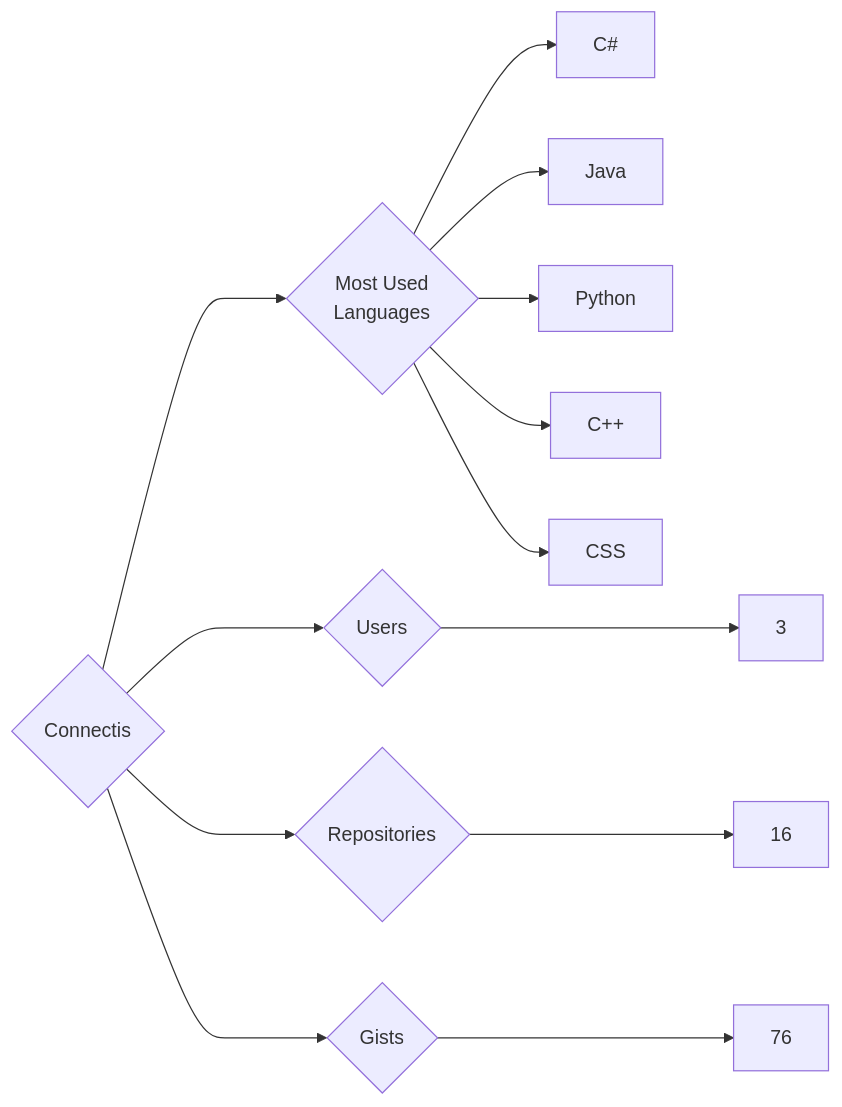
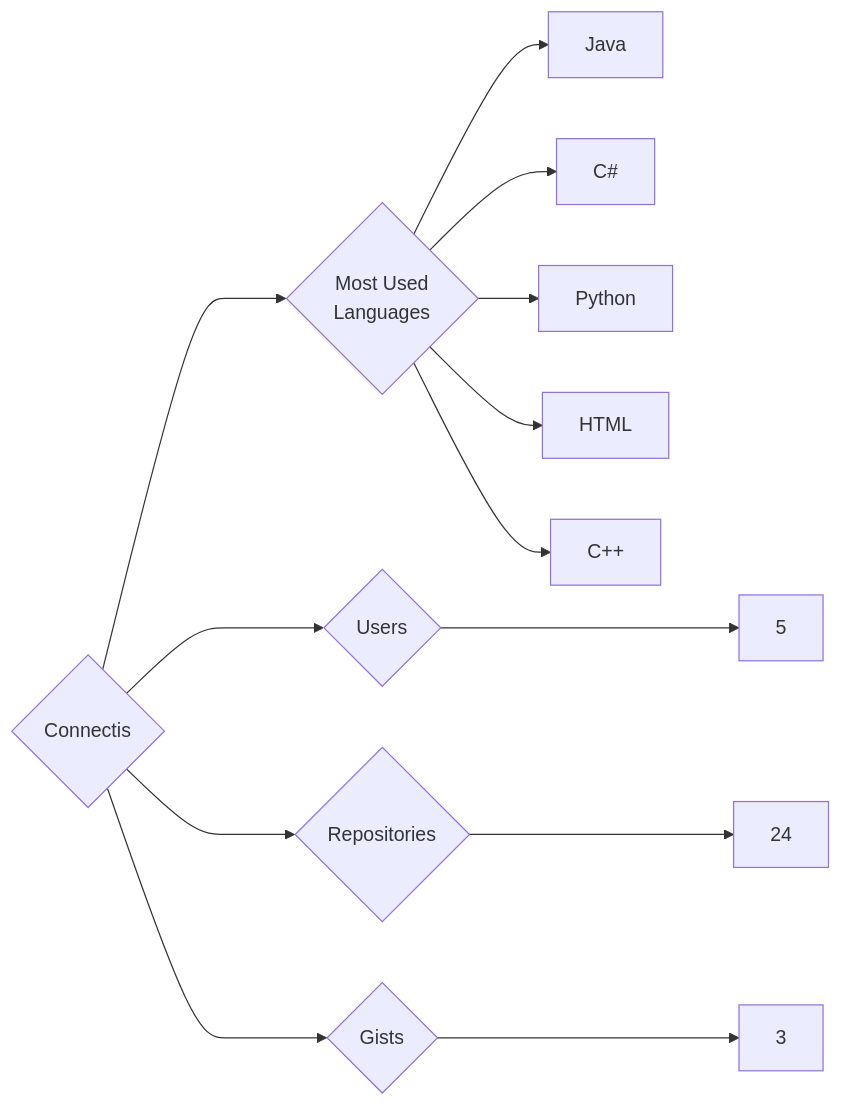
The diagram in targets/Connectis/README.md (trickest/insiders), drawn with Mermaid before and after one commit. The commit also changed 1120 other files, not shown here.

````diff
--- a/targets/Connectis/README.md
+++ b/targets/Connectis/README.md
@@ -3,13 +3,13 @@
 ```mermaid
 graph LR
 COMPANY_NAME{Connectis}
-COMPANY_NAME ---> U{Users} ---> UN[3]
-COMPANY_NAME ---> R{Repositories} ---> RN[16]
-COMPANY_NAME ---> G{Gists} ---> GN[76]
+COMPANY_NAME ---> U{Users} ---> UN[5]
+COMPANY_NAME ---> R{Repositories} ---> RN[24]
+COMPANY_NAME ---> G{Gists} ---> GN[3]
 COMPANY_NAME ---> ML{Most Used<br>Languages}
+ML --> Java[Java]
 ML --> C#[C#]
-ML --> Java[Java]
 ML --> Python[Python]
+ML --> HTML[HTML]
 ML --> C++[C++]
-ML --> CSS[CSS]
 ```
````
